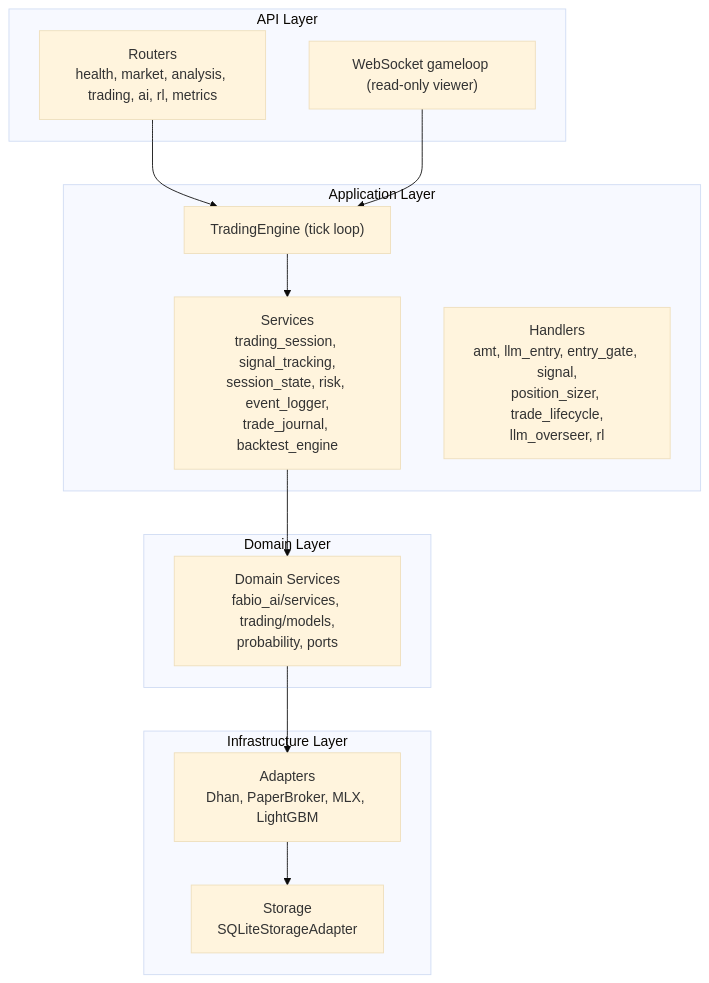
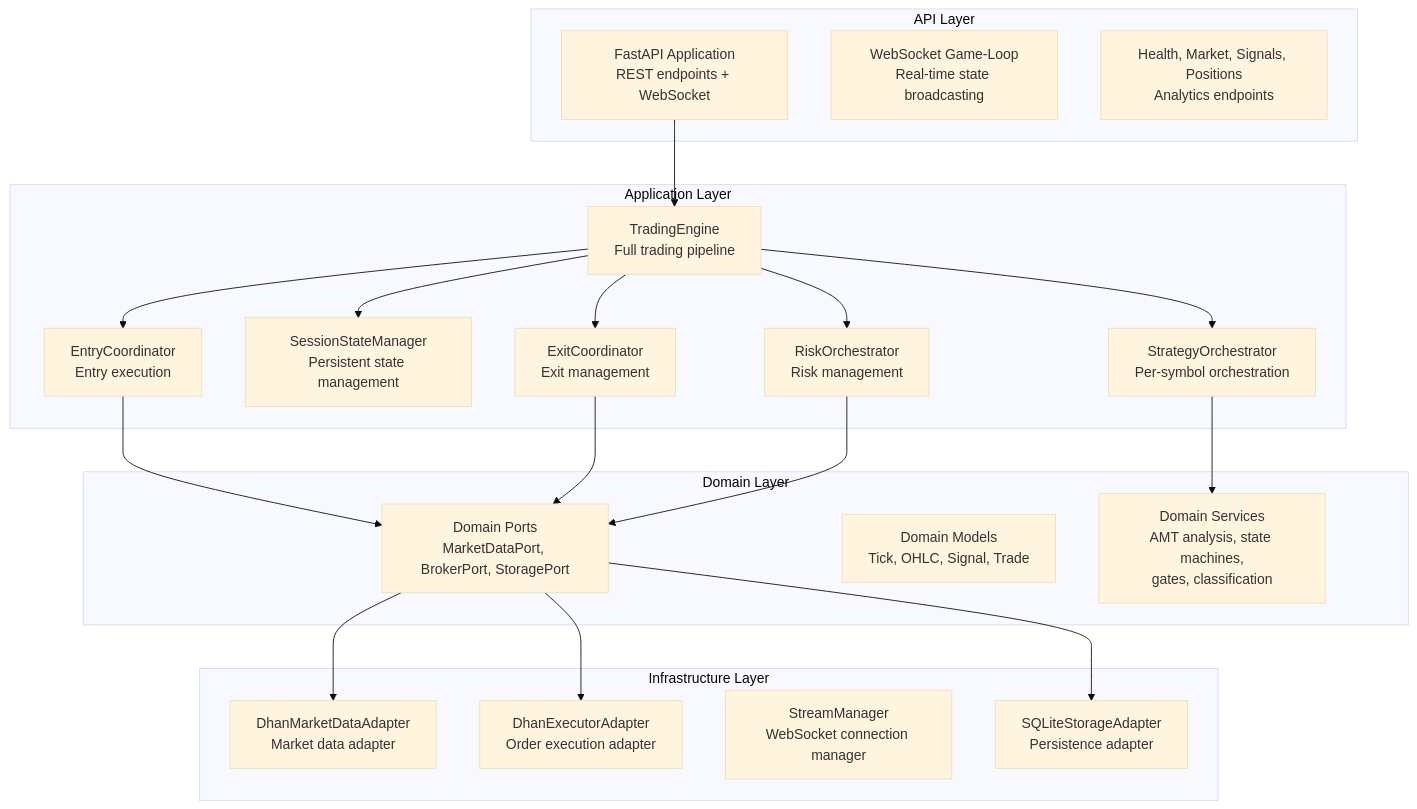
The first of 9 diagrams in .qoder/repowiki/en/content/System Overview/Architecture Overview.md (gemrajkhatry-maker/v5-of-glassytrade-ai), drawn with Mermaid (base theme) before and after one commit. The commit also changed other lines of this file and 930 other files, not shown here.

````diff
--- a/.qoder/repowiki/en/content/System Overview/Architecture Overview.md
+++ b/.qoder/repowiki/en/content/System Overview/Architecture Overview.md
@@ -41,25 +51,40 @@
 ```mermaid
 graph TB
 subgraph "API Layer"
-R1["Routers<br/>health, market, analysis, trading, ai, rl, metrics"]
-WS["WebSocket gameloop (read-only viewer)"]
+API["FastAPI Application<br/>REST endpoints + WebSocket"]
+WS["WebSocket Game-Loop<br/>Real-time state broadcasting"]
+ENDPOINTS["Health, Market, Signals, Positions<br/>Analytics endpoints"]
 end
 subgraph "Application Layer"
-ENG["TradingEngine (tick loop)"]
-SVC["Services<br/>trading_session, signal_tracking,<br/>session_state, risk, event_logger,<br/>trade_journal, backtest_engine"]
-HND["Handlers<br/>amt, llm_entry, entry_gate, signal,<br/>position_sizer, trade_lifecycle,<br/>llm_overseer, rl"]
+TE["TradingEngine<br/>Full trading pipeline"]
+SO["StrategyOrchestrator<br/>Per-symbol orchestration"]
+SSM["SessionStateManager<br/>Persistent state management"]
+ENTRY["EntryCoordinator<br/>Entry execution"]
+EXIT["ExitCoordinator<br/>Exit management"]
+RL["RiskOrchestrator<br/>Risk management"]
 end
 subgraph "Domain Layer"
-DOM["Domain Services<br/>fabio_ai/services, trading/models,<br/>probability, ports"]
+PORTS["Domain Ports<br/>MarketDataPort, BrokerPort, StoragePort"]
+MODELS["Domain Models<br/>Tick, OHLC, Signal, Trade"]
+SERVICES["Domain Services<br/>AMT analysis, state machines,<br/>gates, classification"]
 end
 subgraph "Infrastructure Layer"
-ADP["Adapters<br/>Dhan, PaperBroker, MLX, LightGBM"]
-STG["Storage<br/>SQLiteStorageAdapter"]
+DF["DhanMarketDataAdapter<br/>Market data adapter"]
+DE["DhanExecutorAdapter<br/>Order execution adapter"]
+SM["StreamManager<br/>WebSocket connection manager"]
+SB["SQLiteStorageAdapter<br/>Persistence adapter"]
 end
-R1 --> ENG
-WS --> ENG
-ENG --> SVC
-SVC --> DOM
-DOM --> ADP
-ADP --> STG
+API --> TE
+TE --> SO
+TE --> SSM
+TE --> ENTRY
+TE --> EXIT
+TE --> RL
+SO --> SERVICES
+ENTRY --> PORTS
+EXIT --> PORTS
+RL --> PORTS
+PORTS --> DF
+PORTS --> DE
+PORTS --> SB
 ```
````
